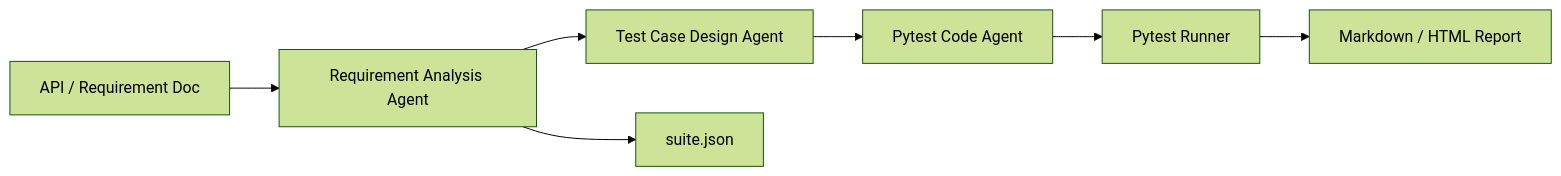
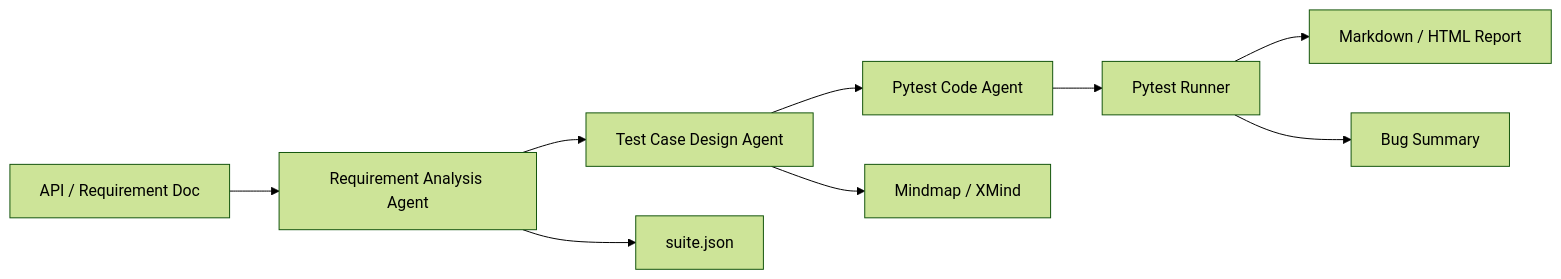
Before and after one commit to Whw12138/ai-test-agent: the diagram in README.md, drawn with Mermaid (forest theme). The commit also changed other lines of this file and 10 other files, not shown here.

Commit message:
Add bug summaries and test mindmap exports

````diff
--- a/README.md
+++ b/README.md
@@ -20,9 +22,11 @@
 ```mermaid
 flowchart LR
     A["API / Requirement Doc"] --> B["Requirement Analysis Agent"]
     B --> C["Test Case Design Agent"]
     C --> D["Pytest Code Agent"]
     D --> E["Pytest Runner"]
     E --> F["Markdown / HTML Report"]
+    E --> H["Bug Summary"]
+    C --> I["Mindmap / XMind"]
     B --> G["suite.json"]
 ```
````
